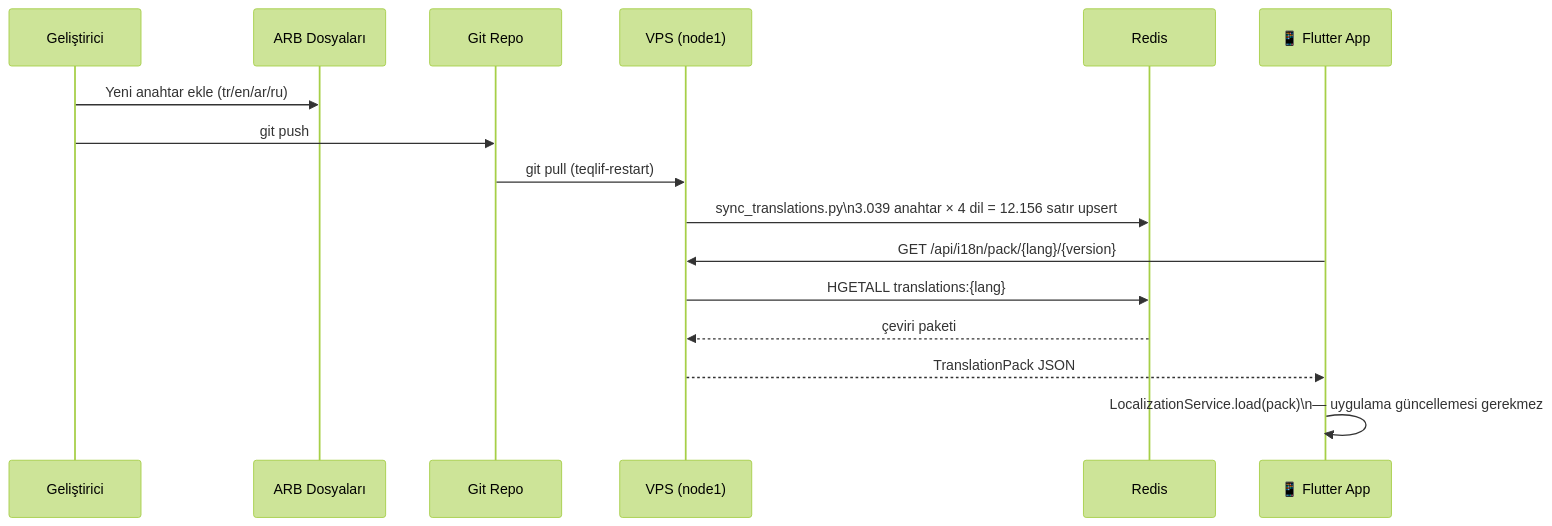
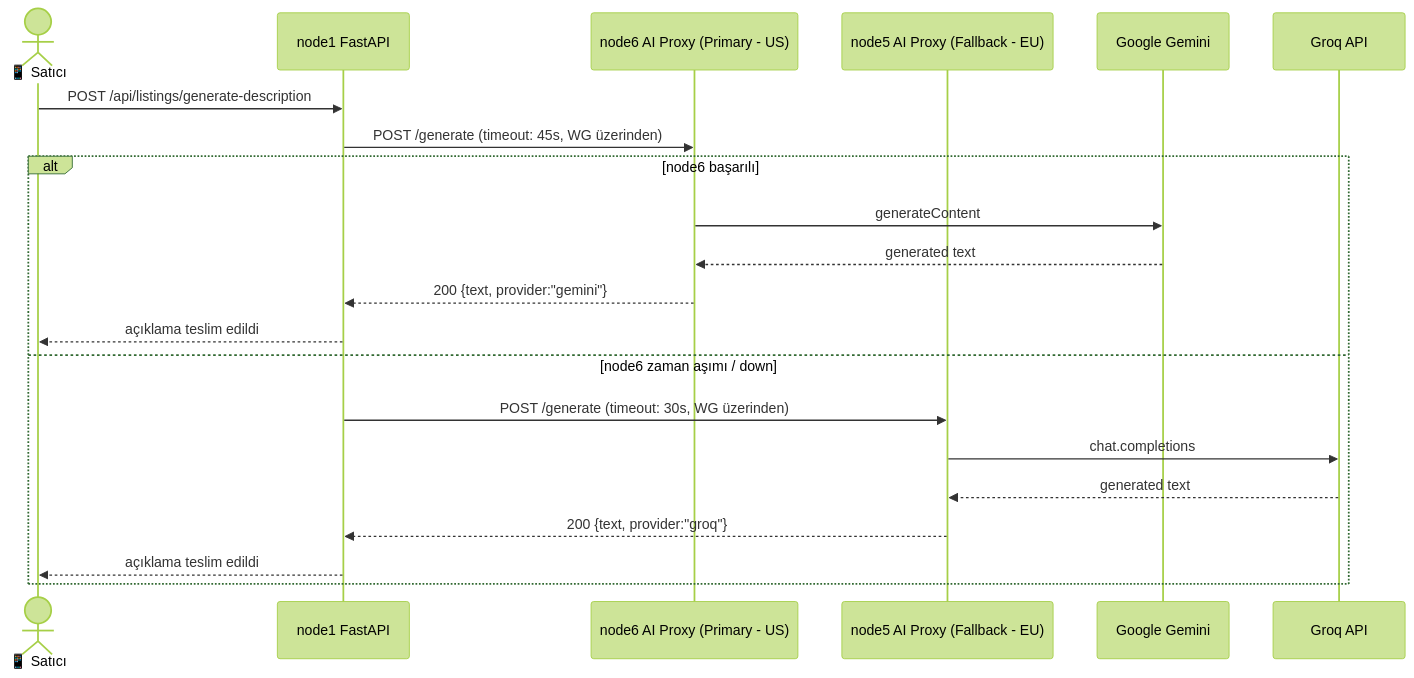
One commit to tucibeyin/teqlif changed the third of 3 diagrams in README.md. Above: the diagram before and after it, drawn with Mermaid (forest theme). The commit also changed other lines of this file and 7 other files, not shown here.

Commit message:
docs: Update architecture documentation to V2.1, remove all outdated V1.3 references

````diff
--- a/README.md
+++ b/README.md
@@ -621,19 +156,24 @@
 ```mermaid
 sequenceDiagram
-    participant DEV as Geliştirici
-    participant ARB as ARB Dosyaları
-    participant GIT as Git Repo
-    participant VPS as VPS (node1)
-    participant RD as Redis
-    participant APP as 📱 Flutter App
+    actor User as 📱 Satıcı
+    participant API as node1 FastAPI
+    participant N6 as node6 AI Proxy (Primary - US)
+    participant N5 as node5 AI Proxy (Fallback - EU)
+    participant GEM as Google Gemini
+    participant GROQ as Groq API
 
-    DEV->>ARB: Yeni anahtar ekle (tr/en/ar/ru)
-    DEV->>GIT: git push
-    GIT->>VPS: git pull (teqlif-restart)
-    VPS->>RD: sync_translations.py\n3.039 anahtar × 4 dil = 12.156 satır upsert
-    APP->>VPS: GET /api/i18n/pack/{lang}/{version}
-    VPS->>RD: HGETALL translations:{lang}
-    RD-->>VPS: çeviri paketi
-    VPS-->>APP: TranslationPack JSON
-    APP->>APP: LocalizationService.load(pack)\n— uygulama güncellemesi gerekmez
+    User->>API: POST /api/listings/generate-description
+    API->>N6: POST /generate (timeout: 45s, WG üzerinden)
+    alt node6 başarılı
+        N6->>GEM: generateContent
+        GEM-->>N6: generated text
+        N6-->>API: 200 {text, provider:"gemini"}
+        API-->>User: açıklama teslim edildi
+    else node6 zaman aşımı / down
+        API->>N5: POST /generate (timeout: 30s, WG üzerinden)
+        N5->>GROQ: chat.completions
+        GROQ-->>N5: generated text
+        N5-->>API: 200 {text, provider:"groq"}
+        API-->>User: açıklama teslim edildi
+    end
 ```
````
